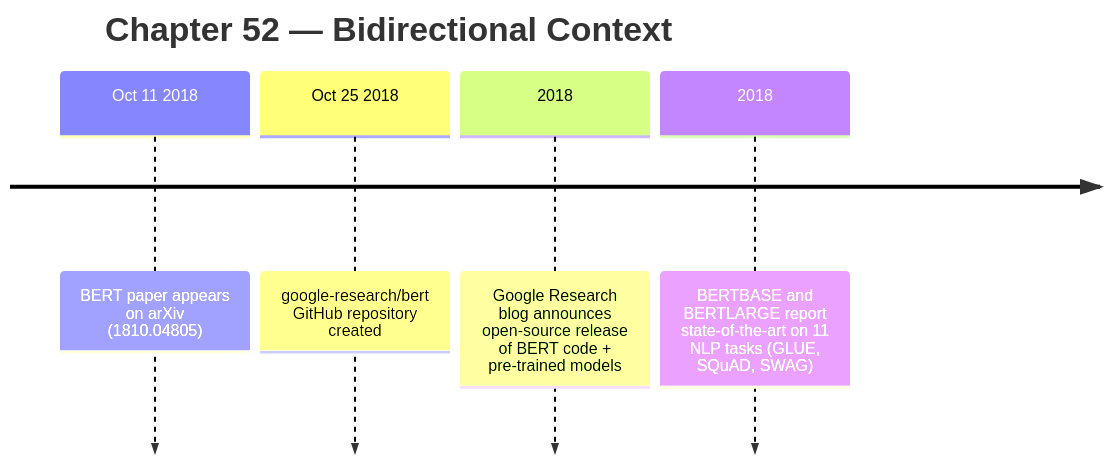
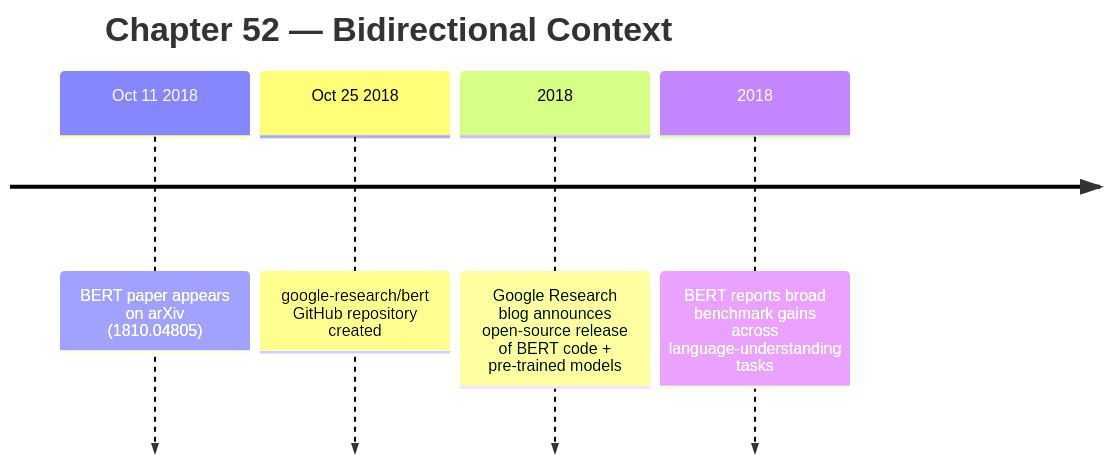
One commit to krisztiankoos/kubedojo changed the first of 2 diagrams in src/content/docs/ai-history/ch-52-bidirectional-context.md. Above: the diagram before and after it, drawn with Mermaid. The commit also changed other lines of this file and 2 other files, not shown here.

````diff
--- a/src/content/docs/ai-history/ch-52-bidirectional-context.md
+++ b/src/content/docs/ai-history/ch-52-bidirectional-context.md
@@ -29,8 +29,8 @@
 ```mermaid
 timeline
     title Chapter 52 — Bidirectional Context
     Oct 11 2018 : BERT paper appears on arXiv (1810.04805)
     Oct 25 2018 : google-research/bert GitHub repository created
     2018 : Google Research blog announces open-source release of BERT code + pre-trained models
-    2018 : BERTBASE and BERTLARGE report state-of-the-art on 11 NLP tasks (GLUE, SQuAD, SWAG)
+    2018 : BERT reports broad benchmark gains across language-understanding tasks
 ```
````
